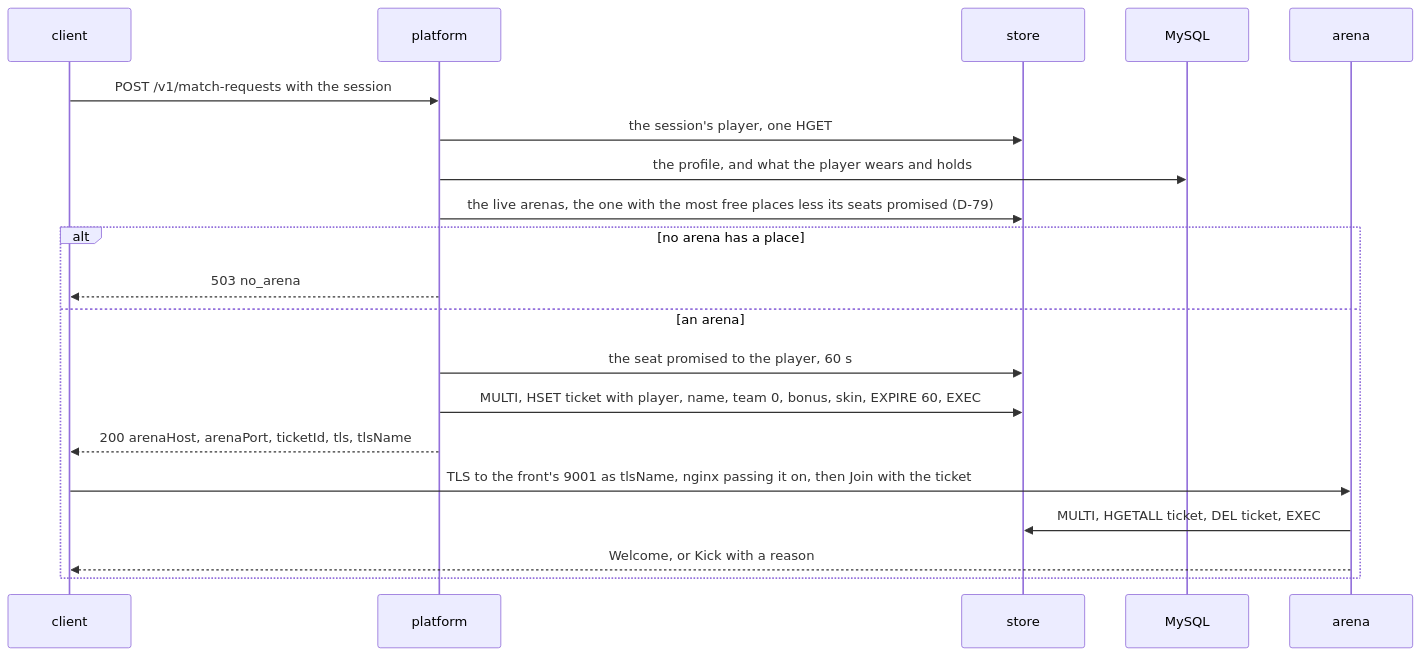
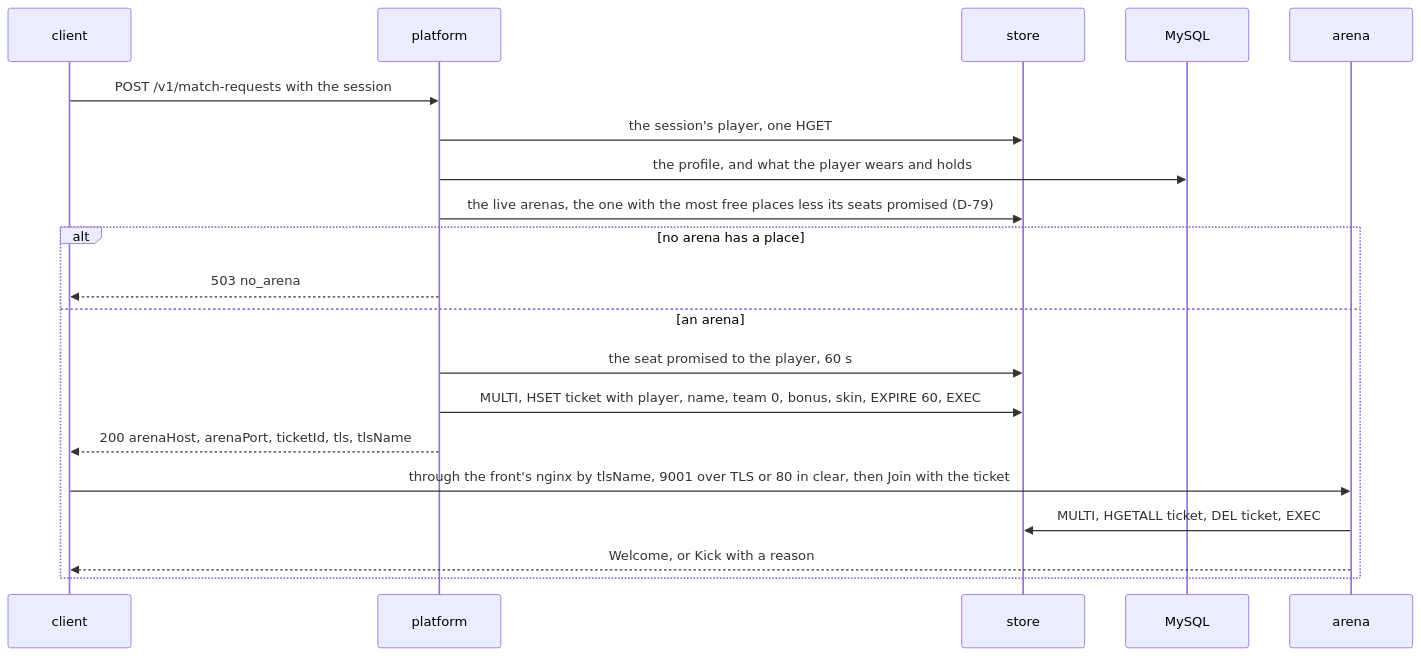
One commit to greensoft-atom/depio-simulation-platform changed the third of 15 diagrams in docs/diagrams/04-platform.md. Above: the diagram before and after it, drawn with Mermaid. The commit also changed other lines of this file and 121 other files, not shown here.

````diff
--- a/docs/diagrams/04-platform.md
+++ b/docs/diagrams/04-platform.md
@@ -104,22 +119,22 @@
 ```mermaid
 sequenceDiagram
     participant C as client
     participant P as platform
     participant S as store
     participant D as MySQL
     participant A as arena
     C->>P: POST /v1/match-requests with the session
     P->>S: the session's player, one HGET
     P->>D: the profile, and what the player wears and holds
     P->>S: the live arenas, the one with the most free places less its seats promised (D-79)
     alt no arena has a place
         P-->>C: 503 no_arena
     else an arena
         P->>S: the seat promised to the player, 60 s
         P->>S: MULTI, HSET ticket with player, name, team 0, bonus, skin, EXPIRE 60, EXEC
         P-->>C: 200 arenaHost, arenaPort, ticketId, tls, tlsName
-        C->>A: TLS to the front's 9001 as tlsName, nginx passing it on, then Join with the ticket
+        C->>A: through the front's nginx by tlsName, 9001 over TLS or 80 in clear, then Join with the ticket
         A->>S: MULTI, HGETALL ticket, DEL ticket, EXEC
         A-->>C: Welcome, or Kick with a reason
     end
 ```
````
